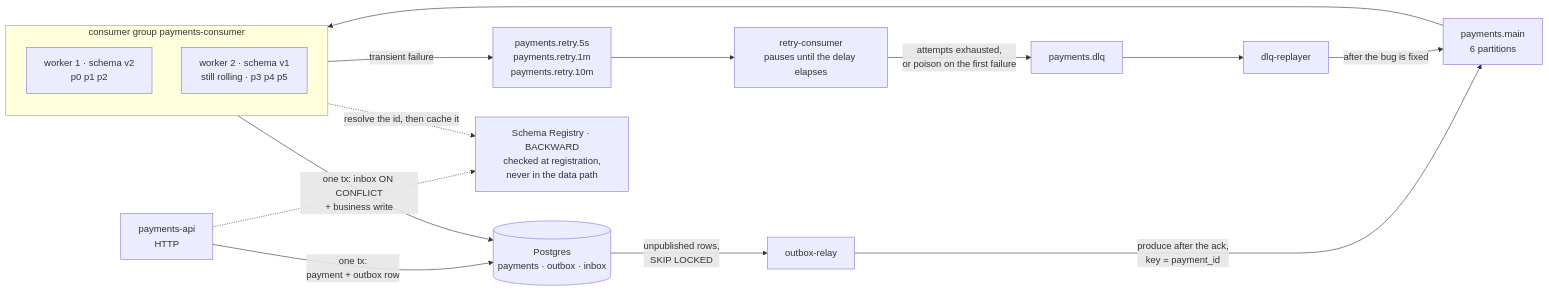
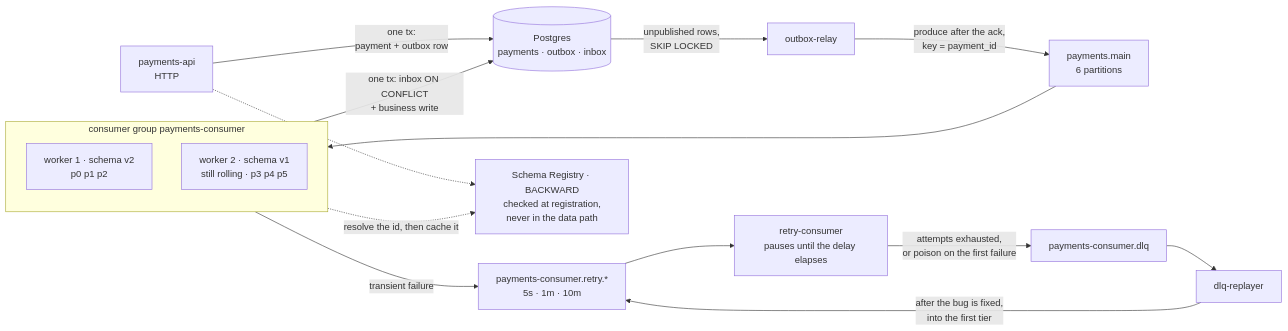
The diagram in README.md (DmytroLysenko1/Kafka-lab), drawn with Mermaid before and after one commit. The commit also changed other lines of this file and 18 other files, not shown here.

````diff
--- a/README.md
+++ b/README.md
@@ -68,24 +87,24 @@
 ```mermaid
 flowchart LR
     API["payments-api<br/>HTTP"] -->|"one tx:<br/>payment + outbox row"| PG[("Postgres<br/>payments · outbox · inbox")]
     PG -->|"unpublished rows,<br/>SKIP LOCKED"| REL["outbox-relay"]
     REL -->|"produce after the ack,<br/>key = payment_id"| MAIN["payments.main<br/>6 partitions"]
     MAIN --> CG
 
     subgraph CG["consumer group payments-consumer"]
         direction TB
         W1["worker 1 · schema v2<br/>p0 p1 p2"]
         W2["worker 2 · schema v1<br/>still rolling · p3 p4 p5"]
     end
 
-    CG -->|"transient failure"| RETRY["payments.retry.5s<br/>payments.retry.1m<br/>payments.retry.10m"]
+    CG -->|"transient failure"| RETRY["payments-consumer.retry.*<br/>5s · 1m · 10m"]
     RETRY --> RC["retry-consumer<br/>pauses until the delay elapses"]
-    RC -->|"attempts exhausted,<br/>or poison on the first failure"| DLQ["payments.dlq"]
+    RC -->|"attempts exhausted,<br/>or poison on the first failure"| DLQ["payments-consumer.dlq"]
     DLQ --> RP["dlq-replayer"]
-    RP -->|"after the bug is fixed"| MAIN
+    RP -->|"after the bug is fixed,<br/>into the first tier"| RETRY
     CG -->|"one tx: inbox ON CONFLICT<br/>+ business write"| PG
 
     SR["Schema Registry · BACKWARD<br/>checked at registration,<br/>never in the data path"]
     API -.-> SR
     CG -.->|"resolve the id, then cache it"| SR
 ```
````
